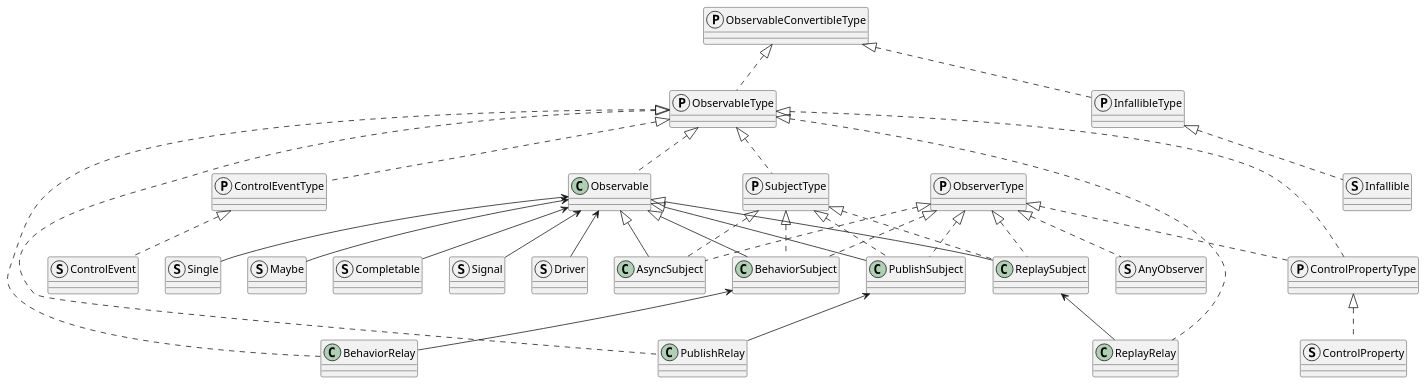
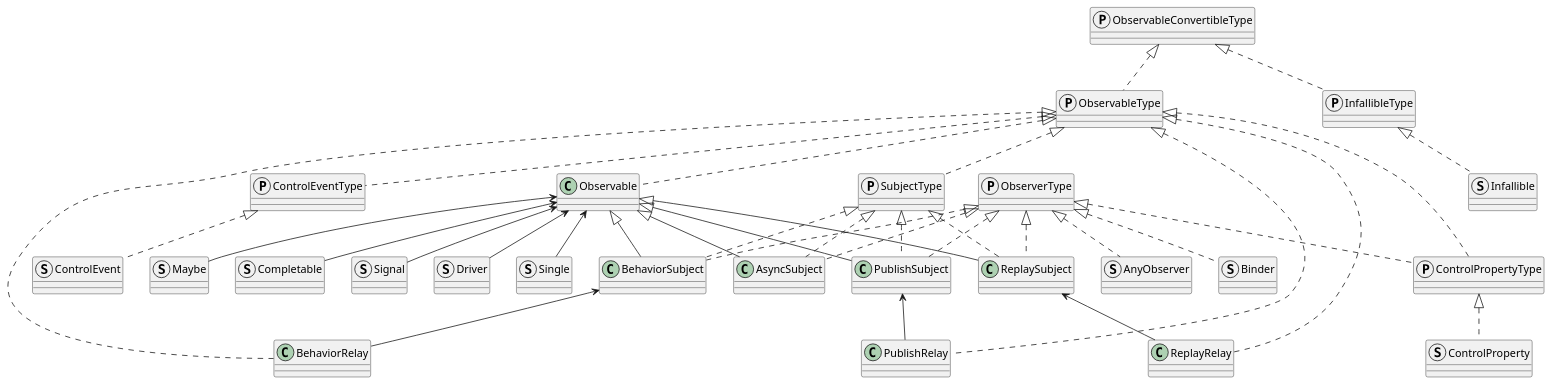
The diagram in ReactiveX/RxSwift.plantuml (zdodev/PlayiOS), drawn with PlantUML before and after one commit.

Commit message:
✨: Binder 추가

```diff
--- a/ReactiveX/RxSwift.plantuml
+++ b/ReactiveX/RxSwift.plantuml
@@ -1,79 +1,81 @@
 @startuml
 
 protocol ObservableConvertibleType
 protocol ObservableType
 protocol InfallibleType
 
 class Observable
 struct Infallible
 struct Single
 struct Maybe
 struct Completable
 
 protocol ObserverType
 struct AnyObserver
 
 protocol SubjectType
 class AsyncSubject
 class BehaviorSubject
 class PublishSubject
 class ReplaySubject
 
 class BehaviorRelay
 class PublishRelay
 class ReplayRelay
 
 protocol ControlEventType
 struct ControlEvent
 protocol ControlPropertyType
 struct ControlProperty
 
 struct Signal
 struct Driver
+struct Binder
 
 ObservableConvertibleType <|.. ObservableType
 ObservableConvertibleType <|.. InfallibleType
 
 ObservableType <|.. Observable
 ObservableType <|.. SubjectType
 ObservableType <|.. ControlEventType
 ObservableType <|.. ControlPropertyType
 
 InfallibleType <|.. Infallible 
 
 Observable <-- Single
 Observable <-- Maybe
 Observable <-- Completable
 
 Observable <|-- AsyncSubject
 Observable <|-- BehaviorSubject
 Observable <|-- PublishSubject
 Observable <|-- ReplaySubject
 
 Observable <-- Signal
 Observable <-- Driver
 
 ObserverType <|.. AnyObserver
 ObserverType <|.. AsyncSubject
 ObserverType <|.. BehaviorSubject
 ObserverType <|.. PublishSubject
 ObserverType <|.. ReplaySubject
 ObserverType <|.. ControlPropertyType
+ObserverType <|.. Binder
 
 ObservableType <|.. BehaviorRelay
 ObservableType <|.. PublishRelay
 ObservableType <|.. ReplayRelay
 
 PublishSubject <-- PublishRelay
 BehaviorSubject <-- BehaviorRelay
 ReplaySubject <-- ReplayRelay
 
 SubjectType <|.. AsyncSubject
 SubjectType <|.. BehaviorSubject
 SubjectType <|.. PublishSubject
 SubjectType <|.. ReplaySubject
 
 ControlEventType <|..ControlEvent
 ControlPropertyType <|.. ControlProperty
 
 @enduml
```
